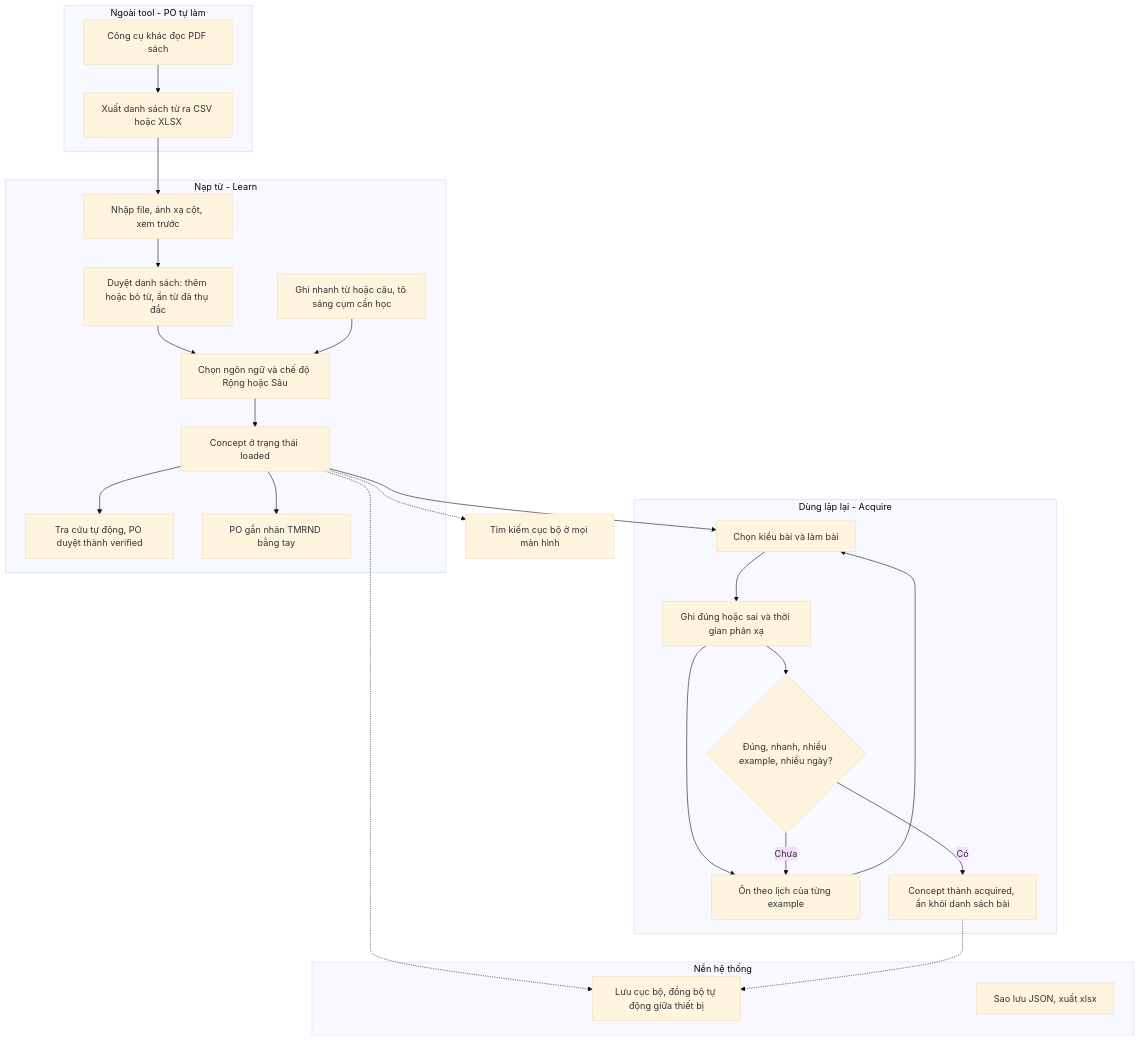
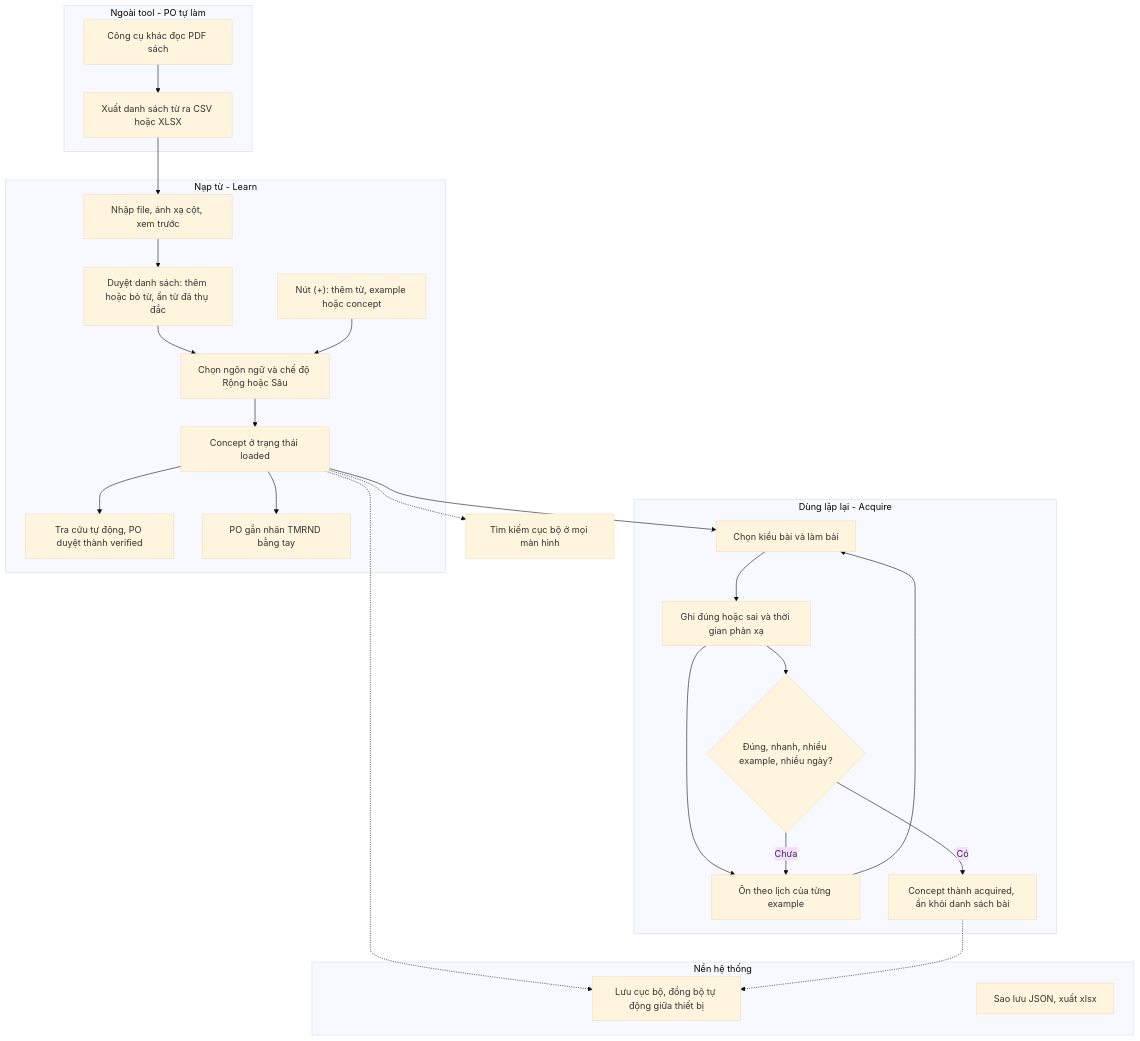
The first of 6 diagrams in docs/user-journey.md (thnhu/duo), drawn with Mermaid (base theme) before and after one commit. The commit also changed other lines of this file and 2 other files, not shown here.

Commit message:
Docs: spec v11, user journey and CLAUDE.md for the add flow, General deck and sub decks

````diff
--- a/docs/user-journey.md
+++ b/docs/user-journey.md
@@ -27,35 +27,35 @@
 ```mermaid
 flowchart TD
     subgraph NGOAI["Ngoài tool - PO tự làm"]
         A["Công cụ khác đọc PDF sách"] --> B["Xuất danh sách từ ra CSV hoặc XLSX"]
     end
 
     subgraph NAP["Nạp từ - Learn"]
         B --> C["Nhập file, ánh xạ cột, xem trước"]
         C --> D["Duyệt danh sách: thêm hoặc bỏ từ, ẩn từ đã thụ đắc"]
         D --> E["Chọn ngôn ngữ và chế độ Rộng hoặc Sâu"]
-        Q["Ghi nhanh từ hoặc câu, tô sáng cụm cần học"] --> E
+        Q["Nút (+): thêm từ, example hoặc concept"] --> E
         E --> F["Concept ở trạng thái loaded"]
         F --> G["Tra cứu tự động, PO duyệt thành verified"]
         F --> AI["PO gắn nhãn TMRND bằng tay"]
     end
 
     subgraph DUNG["Dùng lặp lại - Acquire"]
         F --> H["Chọn kiểu bài và làm bài"]
         H --> I["Ghi đúng hoặc sai và thời gian phản xạ"]
         I --> J["Ôn theo lịch của từng example"]
         J --> H
         I --> K{"Đúng, nhanh, nhiều example, nhiều ngày?"}
         K -- Có --> L["Concept thành acquired, ẩn khỏi danh sách bài"]
         K -- Chưa --> J
     end
 
     subgraph HT["Nền hệ thống"]
         M["Lưu cục bộ, đồng bộ tự động giữa thiết bị"]
         N["Sao lưu JSON, xuất xlsx"]
     end
 
     F -.-> M
     F -.-> SR["Tìm kiếm cục bộ ở mọi màn hình"]
     L -.-> M
 ```
````
